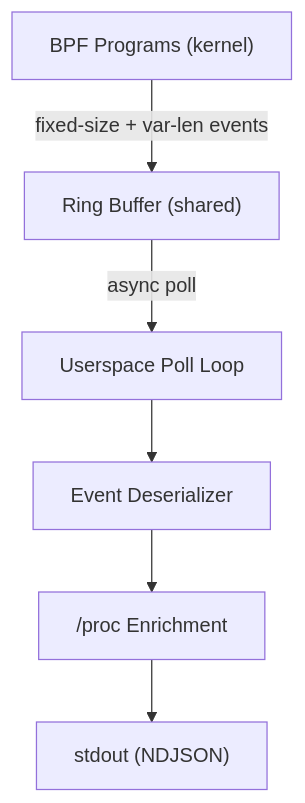
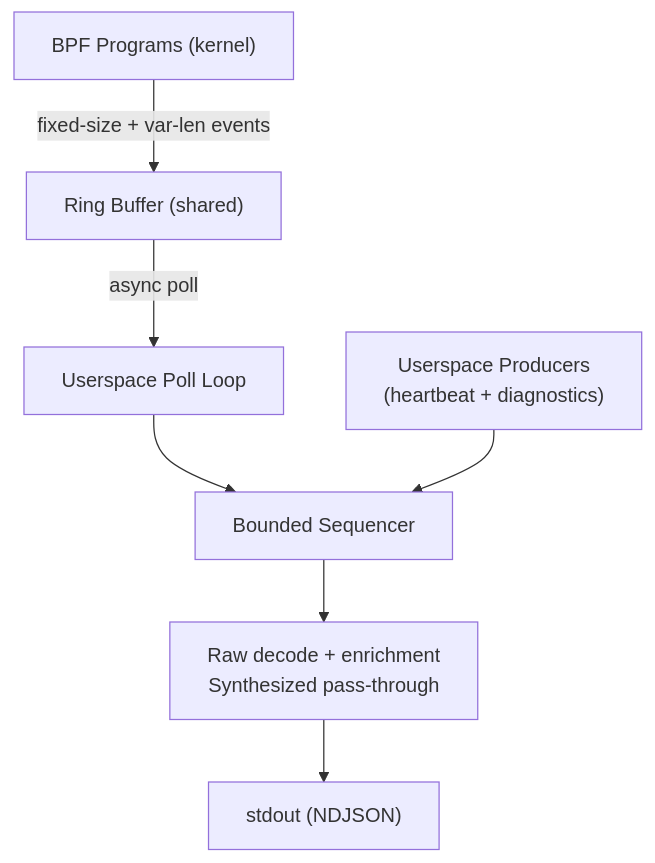
The diagram in docs/data-pipeline.md (abyss0-dev/bloodhound), drawn with Mermaid before and after one commit. The commit also changed other lines of this file and 69 other files, not shown here.

````diff
--- a/docs/data-pipeline.md
+++ b/docs/data-pipeline.md
@@ -3,15 +3,17 @@
 ```mermaid
 graph TD
     BPF["BPF Programs (kernel)"]
     RB["Ring Buffer (shared)"]
     POLL["Userspace Poll Loop"]
-    DESER["Event Deserializer"]
-    ENRICH["/proc Enrichment"]
+    SYNTH["Userspace Producers<br/>(heartbeat + diagnostics)"]
+    SEQ["Bounded Sequencer"]
+    PROCESS["Raw decode + enrichment<br/>Synthesized pass-through"]
     OUT["stdout (NDJSON)"]
 
     BPF -->|"fixed-size + var-len events"| RB
     RB -->|"async poll"| POLL
-    POLL --> DESER
-    DESER --> ENRICH
-    ENRICH --> OUT
+    POLL --> SEQ
+    SYNTH --> SEQ
+    SEQ --> PROCESS
+    PROCESS --> OUT
 ```
````
